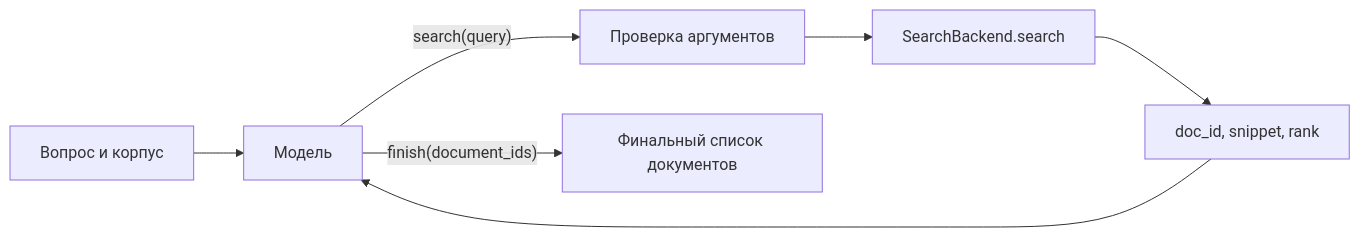
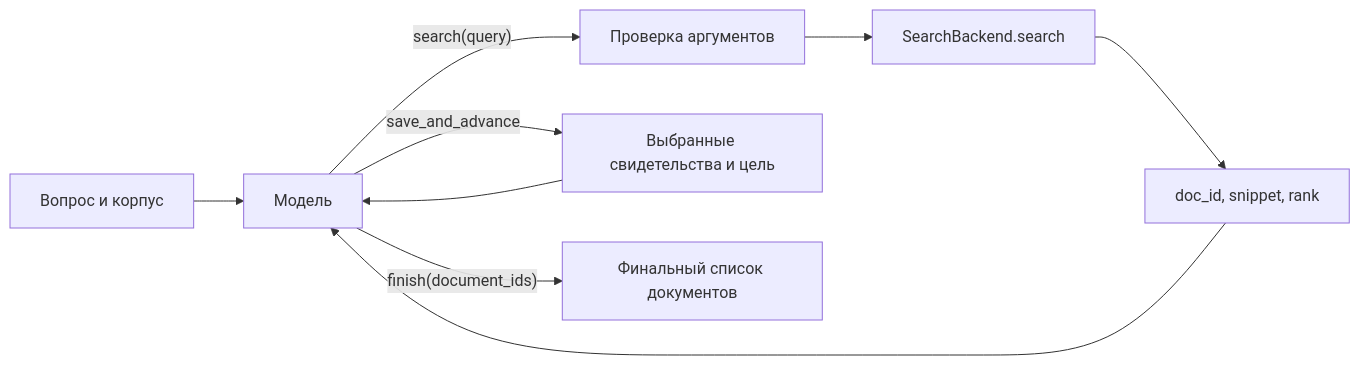
The diagram in docs/RAG_SEARCH.md (SergeyBarshin/search-rl-env), drawn with Mermaid before and after one commit. The commit also changed other lines of this file and 84 other files, not shown here.

````diff
--- a/docs/RAG_SEARCH.md
+++ b/docs/RAG_SEARCH.md
@@ -7,9 +7,11 @@
 ```mermaid
 flowchart LR
     Q[Вопрос и корпус] --> M[Модель]
     M -->|"search(query)"| T[Проверка аргументов]
     T --> B[SearchBackend.search]
     B --> H[doc_id, snippet, rank]
     H --> M
+    M -->|"save_and_advance"| R[Выбранные свидетельства и цель]
+    R --> M
     M -->|"finish(document_ids)"| F[Финальный список документов]
 ```
````
